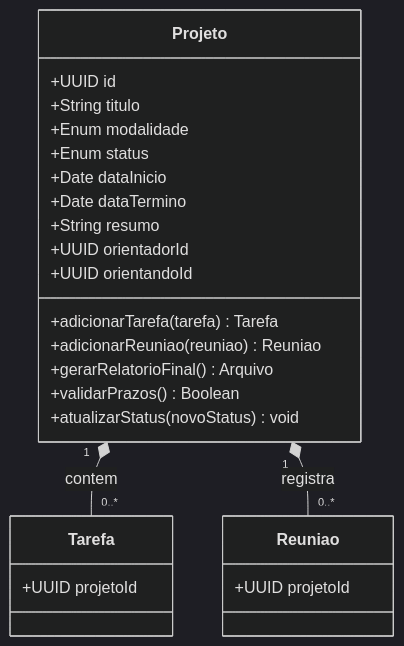
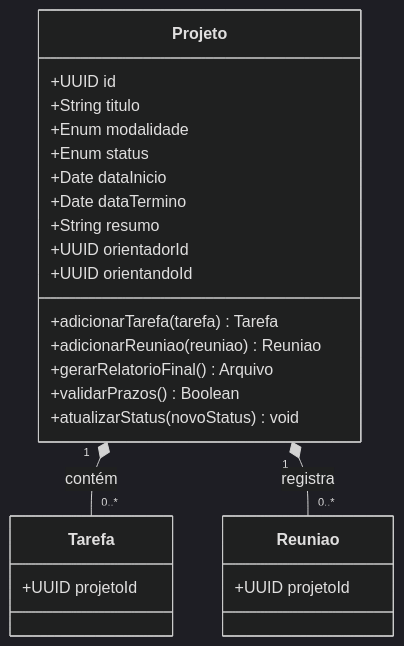
The third of 7 diagrams in projeto-e-arquitetura/6-c4-codigo.md (JEAN1ACCELER/projeto_pratico-eg), drawn with Mermaid (dark theme) before and after one commit. The commit also changed other lines of this file, not shown here.

````diff
--- a/projeto-e-arquitetura/6-c4-codigo.md
+++ b/projeto-e-arquitetura/6-c4-codigo.md
@@ -153,30 +212,30 @@
 ```mermaid
 classDiagram
     class Projeto {
         +UUID id
         +String titulo
         +Enum modalidade
         +Enum status
         +Date dataInicio
         +Date dataTermino
         +String resumo
         +UUID orientadorId
         +UUID orientandoId
         +adicionarTarefa(tarefa) Tarefa
         +adicionarReuniao(reuniao) Reuniao
         +gerarRelatorioFinal() Arquivo
         +validarPrazos() Boolean
         +atualizarStatus(novoStatus) void
     }
 
     class Tarefa {
         +UUID projetoId
     }
 
     class Reuniao {
         +UUID projetoId
     }
 
-    Projeto "1" *-- "0..*" Tarefa : contem
+    Projeto "1" *-- "0..*" Tarefa : contém
     Projeto "1" *-- "0..*" Reuniao : registra
 ```
````
